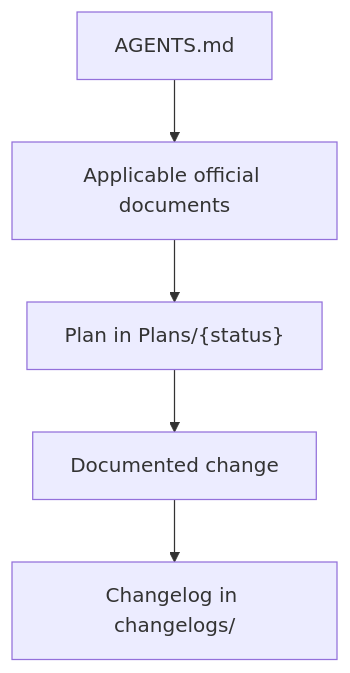
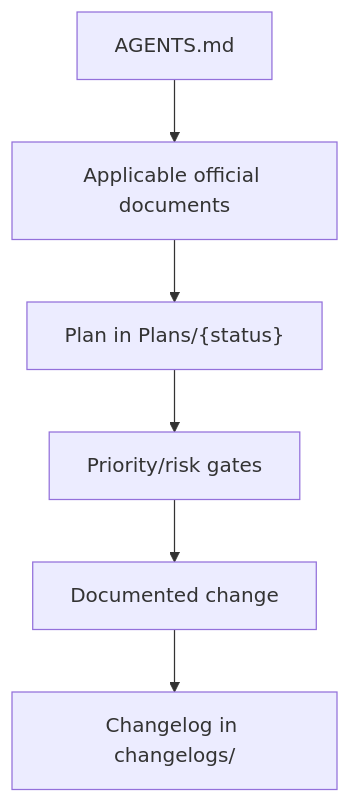
The fifth of 5 diagrams in FCVW/WORKFLOW.md (Sistema2D/FrameCode-VibeWork), drawn with Mermaid before and after one commit. The commit also changed other lines of this file and 12 other files, not shown here.

````diff
--- a/FCVW/WORKFLOW.md
+++ b/FCVW/WORKFLOW.md
@@ -135,7 +137,8 @@
 ```mermaid
 flowchart TD
     A["AGENTS.md"] --> B["Applicable official documents"]
     B --> C["Plan in Plans/{status}"]
-    C --> D["Documented change"]
-    D --> E["Changelog in changelogs/"]
+    C --> D["Priority/risk gates"]
+    D --> E["Documented change"]
+    E --> F["Changelog in changelogs/"]
 ```
````
